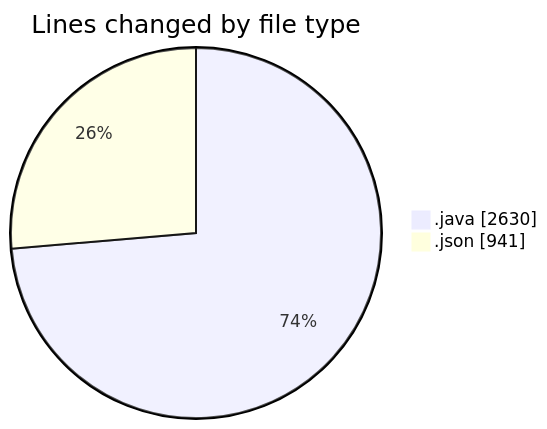
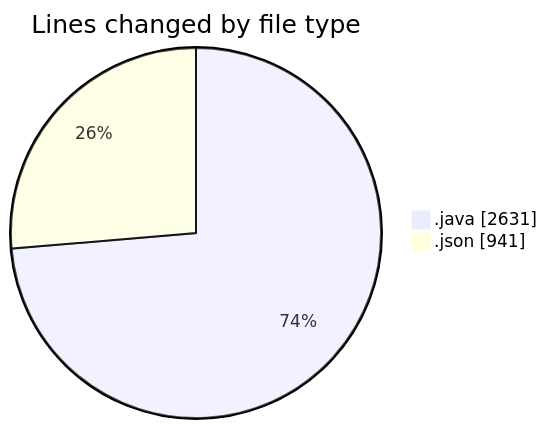
Before and after one commit to ricardozamudiocil/code-tracking: the first of 2 diagrams in 2026-04-28/cilapp/README.md, drawn with Mermaid. The commit also changed other lines of this file and 1 other file, not shown here.

````diff
--- a/2026-04-28/cilapp/README.md
+++ b/2026-04-28/cilapp/README.md
@@ -23,6 +23,6 @@
 ```mermaid
 pie showData
 title Lines changed by file type
-".java" : 2630
+".java" : 2631
 ".json" : 941
 ```
````
